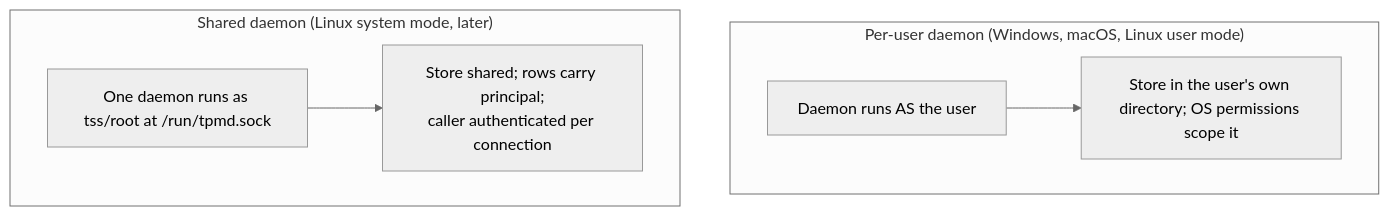
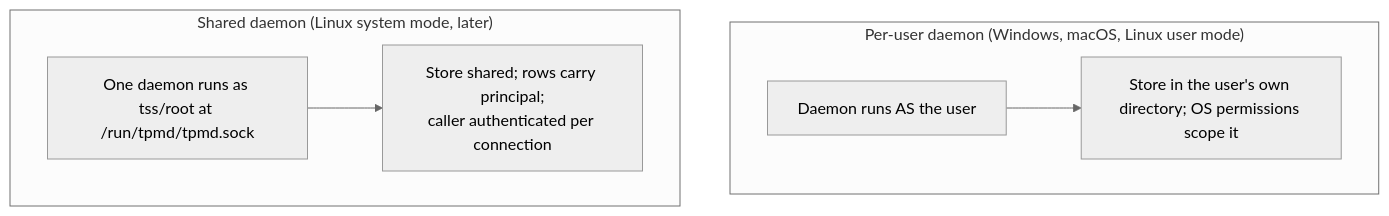
One commit to OffworldNexus/tpmd changed the second of 8 diagrams in docs/protocol.md. Above: the diagram before and after it, drawn with Mermaid (neutral theme). The commit also changed other lines of this file and 32 other files, not shown here.

````diff
--- a/docs/protocol.md
+++ b/docs/protocol.md
@@ -74,9 +74,9 @@
 ```mermaid
 graph TB
   subgraph peruser["Per-user daemon (Windows, macOS, Linux user mode)"]
     u1["Daemon runs AS the user"] --> s1["Store in the user's own directory; OS permissions scope it"]
   end
   subgraph shared["Shared daemon (Linux system mode, later)"]
-    d2["One daemon runs as tss/root at /run/tpmd.sock"] --> s2["Store shared; rows carry principal;<br/>caller authenticated per connection"]
+    d2["One daemon runs as tss/root at /run/tpmd/tpmd.sock"] --> s2["Store shared; rows carry principal;<br/>caller authenticated per connection"]
   end
 ```
````
